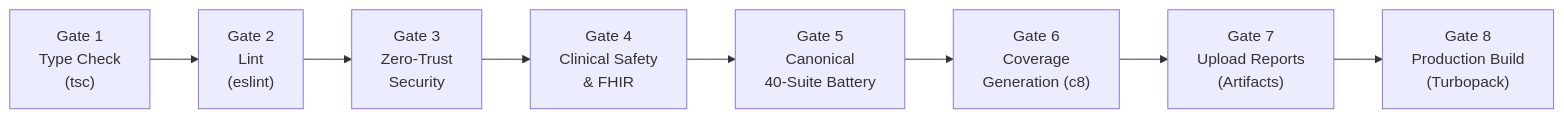
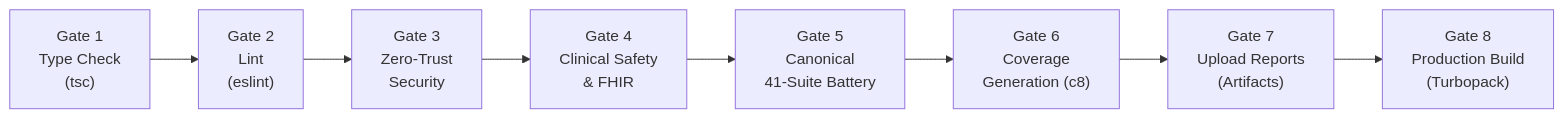
One commit to PuneethPujala/ai-medical-voice-agent changed the second of 2 diagrams in docs/TESTING.md. Above: the diagram before and after it, drawn with Mermaid. The commit also changed other lines of this file and 3 other files, not shown here.

````diff
--- a/docs/TESTING.md
+++ b/docs/TESTING.md
@@ -246,10 +248,10 @@
 ```mermaid
 flowchart LR
     G1["Gate 1\nType Check\n(tsc)"] --> G2["Gate 2\nLint\n(eslint)"]
     G2 --> G3["Gate 3\nZero-Trust\nSecurity"]
     G3 --> G4["Gate 4\nClinical Safety\n& FHIR"]
-    G4 --> G5["Gate 5\nCanonical\n40-Suite Battery"]
+    G4 --> G5["Gate 5\nCanonical\n41-Suite Battery"]
     G5 --> G6["Gate 6\nCoverage\nGeneration (c8)"]
     G6 --> G7["Gate 7\nUpload Reports\n(Artifacts)"]
     G7 --> G8["Gate 8\nProduction Build\n(Turbopack)"]
 ```
````
